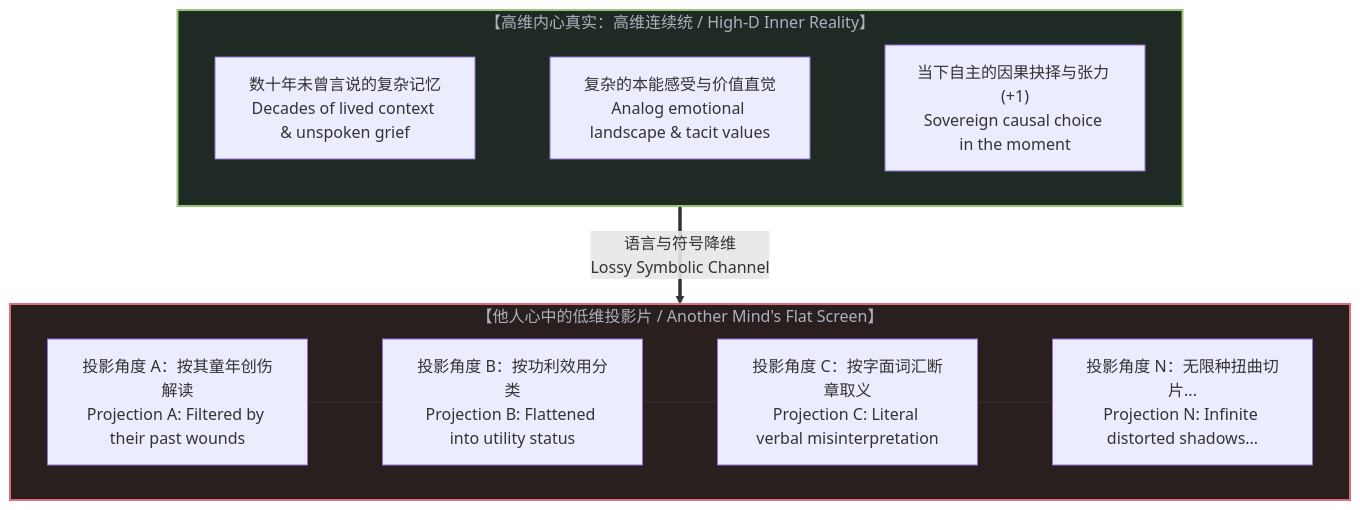
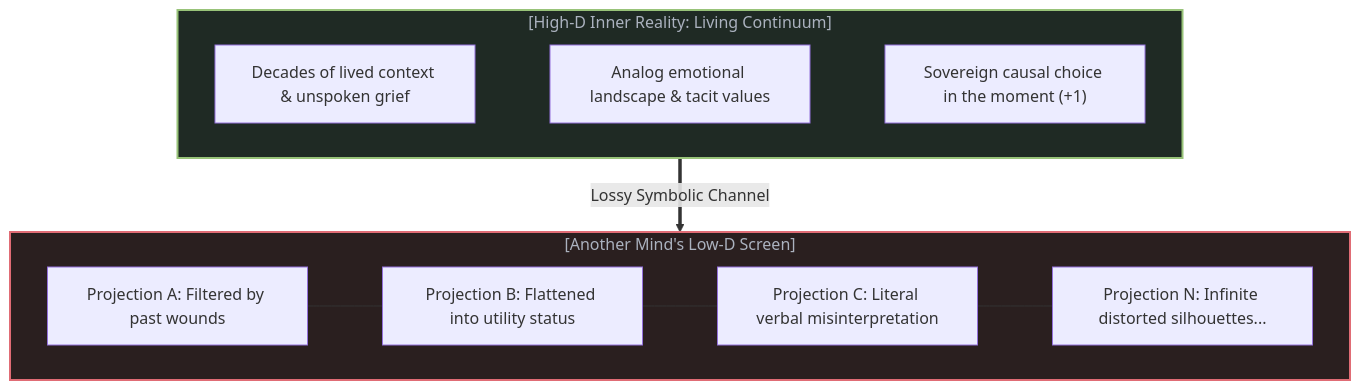
Before and after one commit to powerpig99/not-a-toe: the fourth of 8 diagrams in content/posts/the-asymmetry-of-understanding.md, drawn with Mermaid. The commit also changed other lines of this file and 7 other files, not shown here.

````diff
--- a/content/posts/the-asymmetry-of-understanding.md
+++ b/content/posts/the-asymmetry-of-understanding.md
@@ -61,22 +133,22 @@
 ```mermaid
 graph TD
-    subgraph HighDInteriority["【高维内心真实：高维连续统 / High-D Inner Reality】"]
-        Nuance1["数十年未曾言说的复杂记忆<br>Decades of lived context & unspoken grief"]
-        Nuance2["复杂的本能感受与价值直觉<br>Analog emotional landscape & tacit values"]
-        Nuance3["当下自主的因果抉择与张力 (+1)<br>Sovereign causal choice in the moment"]
+    subgraph HighDInteriority["[High-D Inner Reality: Living Continuum]"]
+        Nuance1["Decades of lived context & unspoken grief"]
+        Nuance2["Analog emotional landscape & tacit values"]
+        Nuance3["Sovereign causal choice in the moment (+1)"]
         Nuance1 ~~~ Nuance2 ~~~ Nuance3
     end
 
-    HighDInteriority ==>|"语言与符号降维<br>Lossy Symbolic Channel"| LowDShadow
+    HighDInteriority ==>|"Lossy Symbolic Channel"| LowDShadow
 
-    subgraph LowDShadow["【他人心中的低维投影片 / Another Mind's Flat Screen】"]
-        AngleA["投影角度 A：按其童年创伤解读<br>Projection A: Filtered by their past wounds"]
-        AngleB["投影角度 B：按功利效用分类<br>Projection B: Flattened into utility status"]
-        AngleC["投影角度 C：按字面词汇断章取义<br>Projection C: Literal verbal misinterpretation"]
-        AngleD["投影角度 N：无限种扭曲切片...<br>Projection N: Infinite distorted shadows..."]
+    subgraph LowDShadow["[Another Mind's Low-D Screen]"]
+        AngleA["Projection A: Filtered by past wounds"]
+        AngleB["Projection B: Flattened into utility status"]
+        AngleC["Projection C: Literal verbal misinterpretation"]
+        AngleD["Projection N: Infinite distorted silhouettes..."]
         AngleA --- AngleB --- AngleC --- AngleD
     end
 
     style HighDInteriority fill:#1f2a24,stroke:#98c379,stroke-width:2px,color:#abb2bf
     style LowDShadow fill:#2a1f1f,stroke:#e06c75,stroke-width:2px,color:#abb2bf
 ```
````
